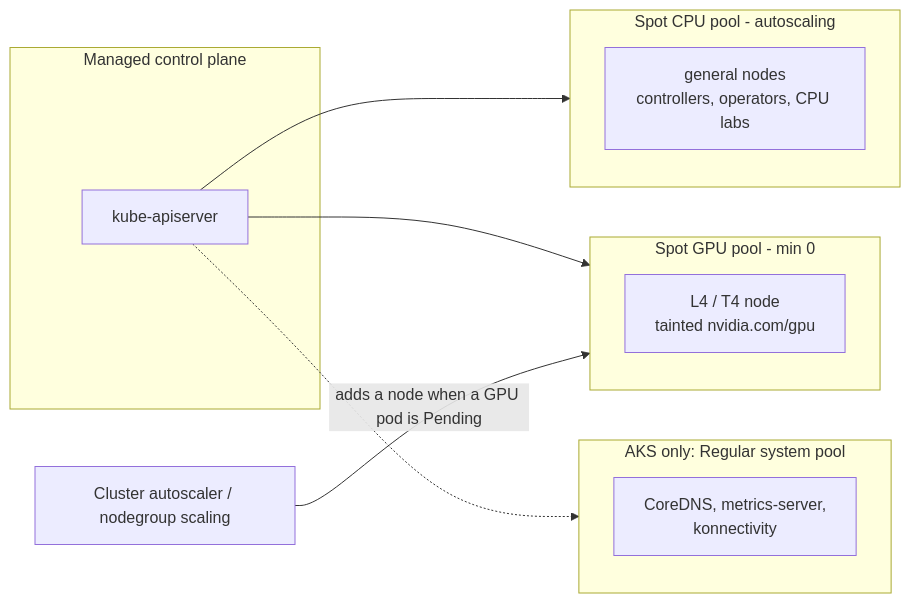
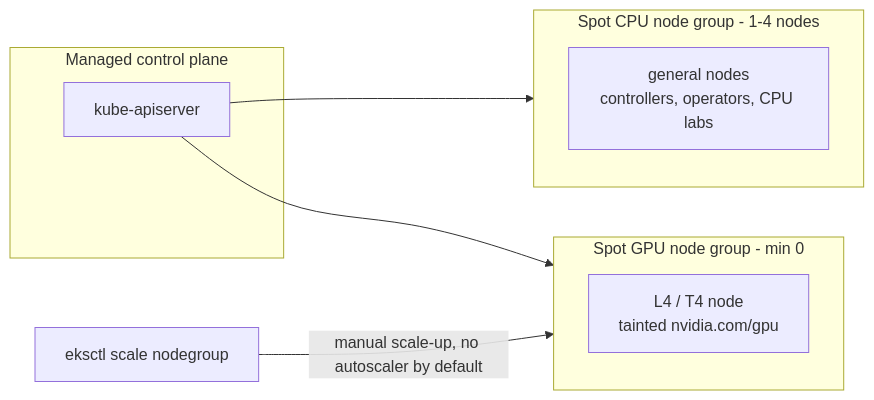
Before and after one commit to GitOpsHub/kubernetes-ai-infrastructure: the diagram in 00-prerequisites-and-cluster-setup/README.md, drawn with Mermaid. The commit also changed other lines of this file and 225 other files, not shown here.

````diff
--- a/00-prerequisites-and-cluster-setup/README.md
+++ b/00-prerequisites-and-cluster-setup/README.md
@@ -55,19 +55,15 @@
 ```mermaid
 flowchart LR
   subgraph CP[Managed control plane]
     API[kube-apiserver]
   end
-  subgraph CPU[Spot CPU pool - autoscaling]
+  subgraph CPU[Spot CPU node group - 1-4 nodes]
     C1[general nodes<br/>controllers, operators, CPU labs]
   end
-  subgraph GPU[Spot GPU pool - min 0]
+  subgraph GPU[Spot GPU node group - min 0]
     G1[L4 / T4 node<br/>tainted nvidia.com/gpu]
-  end
-  subgraph SYS[AKS only: Regular system pool]
-    S1[CoreDNS, metrics-server,<br/>konnectivity]
   end
   API --> CPU
   API --> GPU
-  API -.-> SYS
-  CA[Cluster autoscaler / nodegroup scaling] -- adds a node when a GPU pod is Pending --> GPU
+  CA[eksctl scale nodegroup] -- manual scale-up, no autoscaler by default --> GPU
 ```
````
